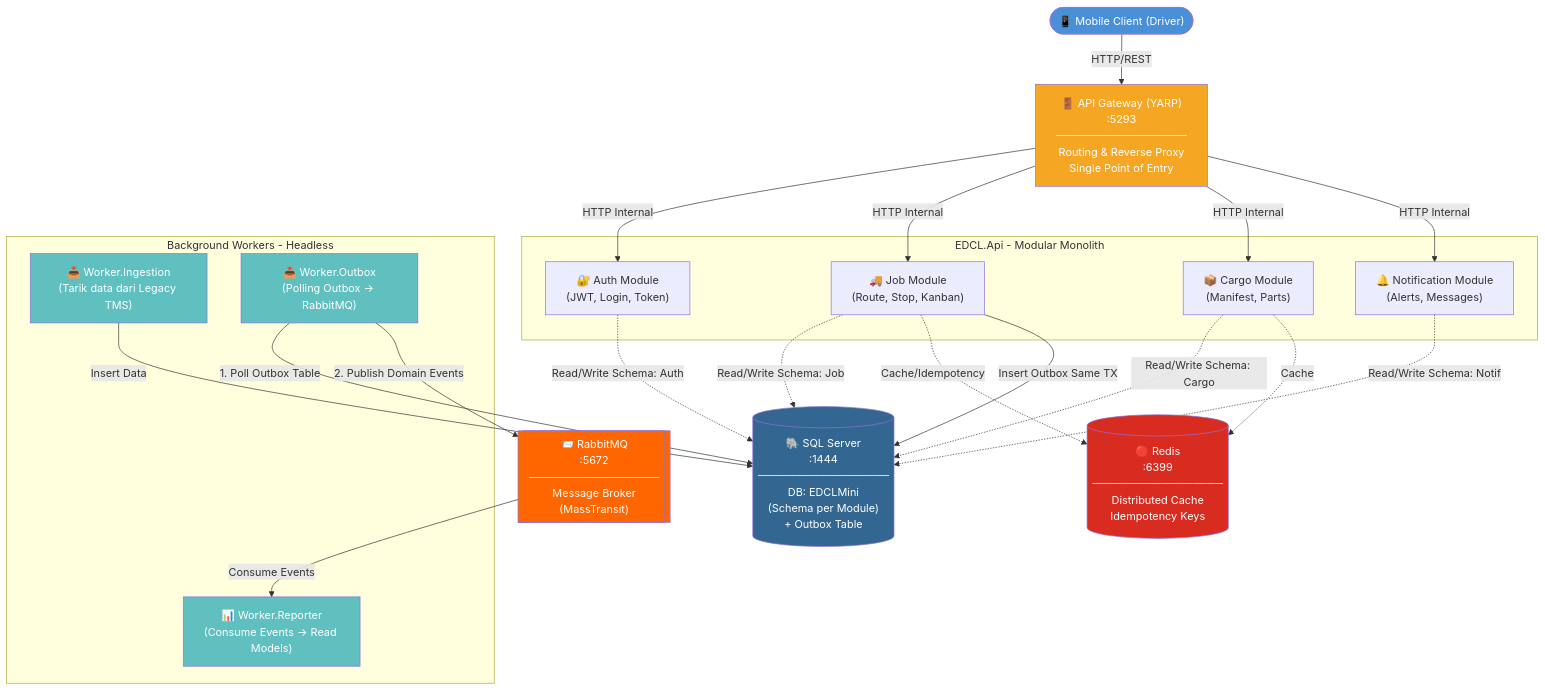
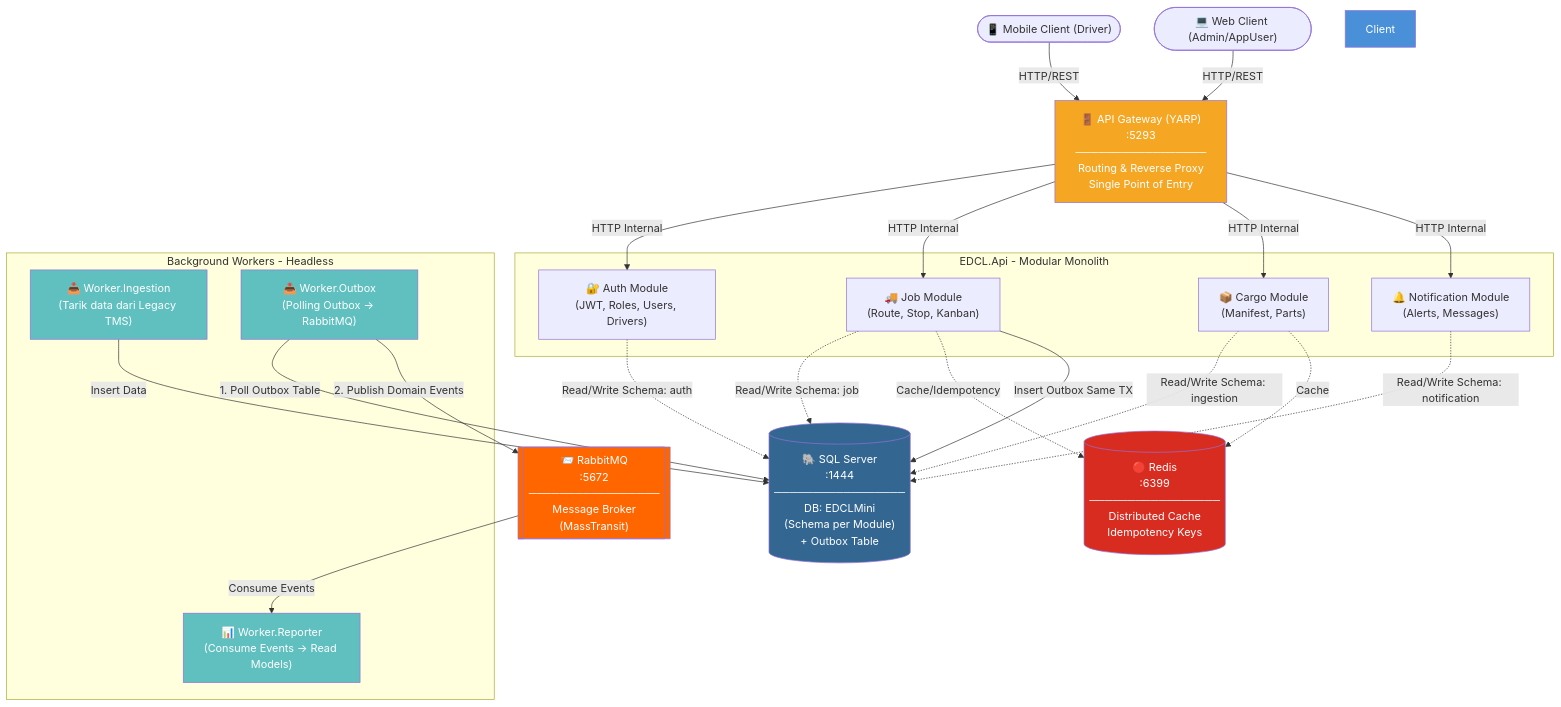
One commit to odealidj/minione-edcl-net changed the diagram in docs/architecture/architecture-overview.md. Above: the diagram before and after it, drawn with Mermaid. The commit also changed other lines of this file and 1 other file, not shown here.

Commit message:
docs: fix diagram syntax, add Web Client, and refine microservice readiness explanations in architecture overview

````diff
--- a/docs/architecture/architecture-overview.md
+++ b/docs/architecture/architecture-overview.md
@@ -11,57 +11,59 @@
 ```mermaid
 graph TD
-    Client(["📱 Mobile Client (Driver)"])
+    DriverClient(["📱 Mobile Client (Driver)"])
+    WebClient(["💻 Web Client (Admin/AppUser)"])
     Gateway["🚪 API Gateway (YARP)\n:5293\n─────────────────\nRouting & Reverse Proxy\nSingle Point of Entry"]
     
     subgraph API_Monolith [EDCL.Api - Modular Monolith]
-        Auth["🔐 Auth Module\n(JWT, Login, Token)"]
+        Auth["🔐 Auth Module\n(JWT, Roles, Users, Drivers)"]
         Job["🚚 Job Module\n(Route, Stop, Kanban)"]
         Cargo["📦 Cargo Module\n(Manifest, Parts)"]
         Notif["🔔 Notification Module\n(Alerts, Messages)"]
     end
     
     SQL[("🐘 SQL Server\n:1444\n─────────────────\nDB: EDCLMini\n(Schema per Module)\n+ Outbox Table")]
     Redis[("🔴 Redis\n:6399\n─────────────────\nDistributed Cache\nIdempotency Keys")]
     RabbitMQ[["📨 RabbitMQ\n:5672\n─────────────────\nMessage Broker\n(MassTransit)"]]
     
     subgraph Background_Workers [Background Workers - Headless]
         W_Ingest["📥 Worker.Ingestion\n(Tarik data dari Legacy TMS)"]
         W_Outbox["📤 Worker.Outbox\n(Polling Outbox -> RabbitMQ)"]
         W_Report["📊 Worker.Reporter\n(Consume Events -> Read Models)"]
     end
 
     %% Client Interactions
-    Client -->|HTTP/REST| Gateway
-    Gateway -->|HTTP Internal| Auth
-    Gateway -->|HTTP Internal| Job
-    Gateway -->|HTTP Internal| Cargo
-    Gateway -->|HTTP Internal| Notif
+    DriverClient -->|HTTP/REST| Gateway
+    WebClient -->|HTTP/REST| Gateway
+    Gateway -->|"HTTP Internal"| Auth
+    Gateway -->|"HTTP Internal"| Job
+    Gateway -->|"HTTP Internal"| Cargo
+    Gateway -->|"HTTP Internal"| Notif
 
-    %% Module DB Interactions (Strict Boundaries)
-    Auth -.->|Read/Write Schema: Auth| SQL
-    Job -.->|Read/Write Schema: Job| SQL
-    Cargo -.->|Read/Write Schema: Cargo| SQL
-    Notif -.->|Read/Write Schema: Notif| SQL
+    %% Module DB Interactions (Strict Boundaries, No Cross-Schema FKs)
+    Auth -.->|Read/Write Schema: auth| SQL
+    Job -.->|Read/Write Schema: job| SQL
+    Cargo -.->|Read/Write Schema: ingestion| SQL
+    Notif -.->|Read/Write Schema: notification| SQL
 
     %% Cache & Idempotency
     Job -.->|Cache/Idempotency| Redis
     Cargo -.->|Cache| Redis
 
     %% Outbox & Event Publishing
     Job -->|Insert Outbox Same TX| SQL
     W_Outbox -->|1. Poll Outbox Table| SQL
     W_Outbox -->|2. Publish Domain Events| RabbitMQ
     
     %% Event Consumption & Integration
     RabbitMQ -->|Consume Events| W_Report
     W_Ingest -->|Insert Data| SQL
     
     style Client fill:#4A90D9,color:#fff
     style Gateway fill:#F5A623,color:#fff
     style SQL fill:#336791,color:#fff
     style Redis fill:#D82C20,color:#fff
     style RabbitMQ fill:#FF6600,color:#fff
     style W_Ingest fill:#60BFBF,color:#fff
     style W_Outbox fill:#60BFBF,color:#fff
     style W_Report fill:#60BFBF,color:#fff
 ```
````
